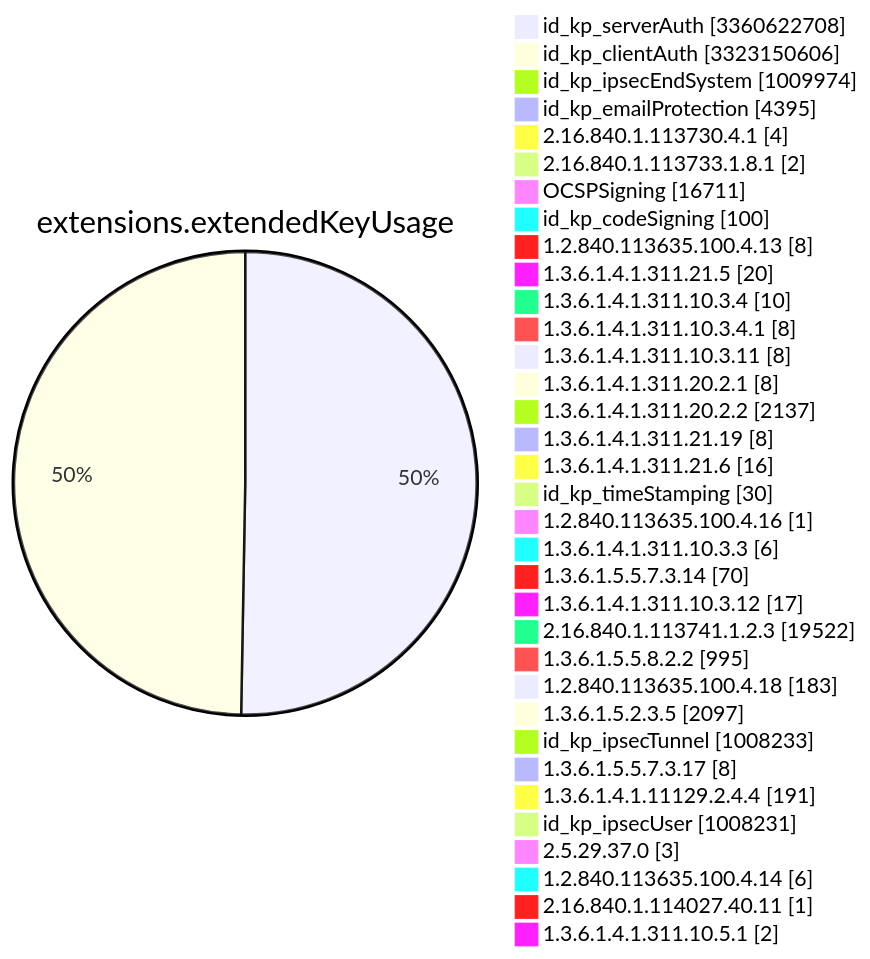
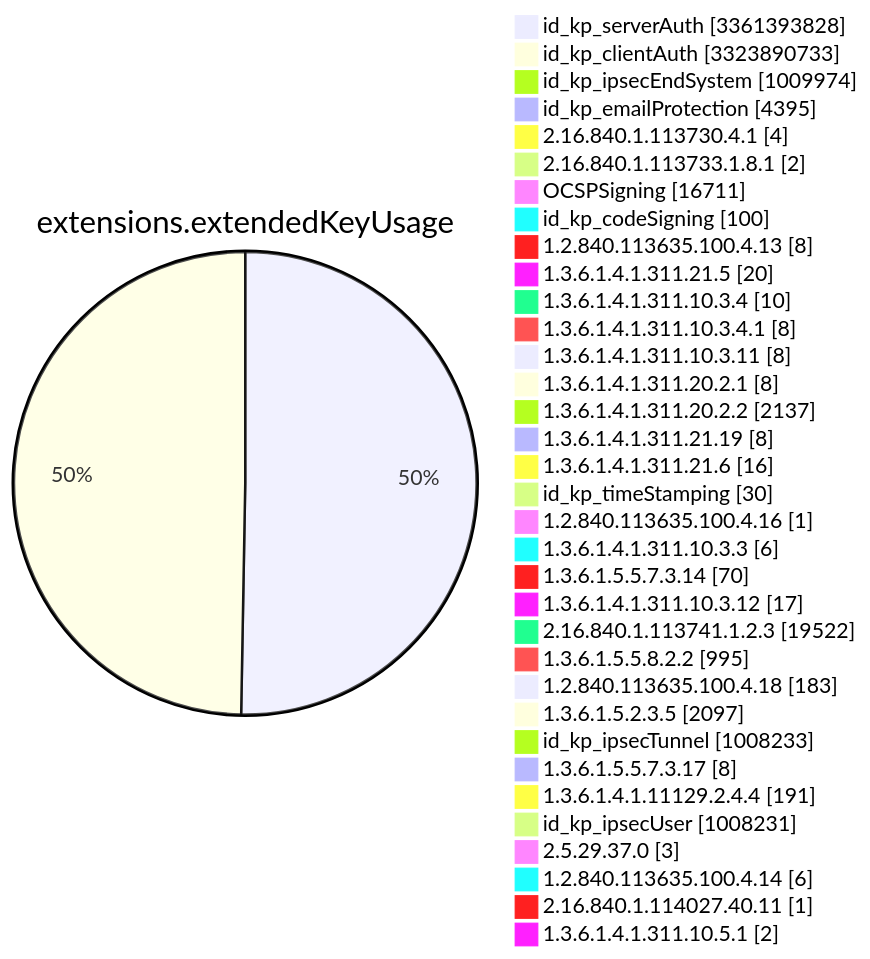
One commit to christiankrug/ctmonitor_visualization changed diagram 11 of 15 in TOTAL/README.md. Above: the diagram before and after it, drawn with Mermaid. The commit also changed other lines of this file, not shown here.

````diff
--- a/TOTAL/README.md
+++ b/TOTAL/README.md
@@ -4120,38 +4120,38 @@
 ```mermaid
 pie showData
 title extensions.extendedKeyUsage
-"id_kp_serverAuth" :3360622708
-"id_kp_clientAuth" :3323150606
+"id_kp_serverAuth" :3361393828
+"id_kp_clientAuth" :3323890733
 "id_kp_ipsecEndSystem" :1009974
 "id_kp_emailProtection" :4395
 "2.16.840.1.113730.4.1" :4
 "2.16.840.1.113733.1.8.1" :2
 "OCSPSigning" :16711
 "id_kp_codeSigning" :100
 "1.2.840.113635.100.4.13" :8
 "1.3.6.1.4.1.311.21.5" :20
 "1.3.6.1.4.1.311.10.3.4" :10
 "1.3.6.1.4.1.311.10.3.4.1" :8
 "1.3.6.1.4.1.311.10.3.11" :8
 "1.3.6.1.4.1.311.20.2.1" :8
 "1.3.6.1.4.1.311.20.2.2" :2137
 "1.3.6.1.4.1.311.21.19" :8
 "1.3.6.1.4.1.311.21.6" :16
 "id_kp_timeStamping" :30
 "1.2.840.113635.100.4.16" :1
 "1.3.6.1.4.1.311.10.3.3" :6
 "1.3.6.1.5.5.7.3.14" :70
 "1.3.6.1.4.1.311.10.3.12" :17
 "2.16.840.1.113741.1.2.3" :19522
 "1.3.6.1.5.5.8.2.2" :995
 "1.2.840.113635.100.4.18" :183
 "1.3.6.1.5.2.3.5" :2097
 "id_kp_ipsecTunnel" :1008233
 "1.3.6.1.5.5.7.3.17" :8
 "1.3.6.1.4.1.11129.2.4.4" :191
 "id_kp_ipsecUser" :1008231
 "2.5.29.37.0" :3
 "1.2.840.113635.100.4.14" :6
 "2.16.840.1.114027.40.11" :1
 "1.3.6.1.4.1.311.10.5.1" :2
 ```
````
